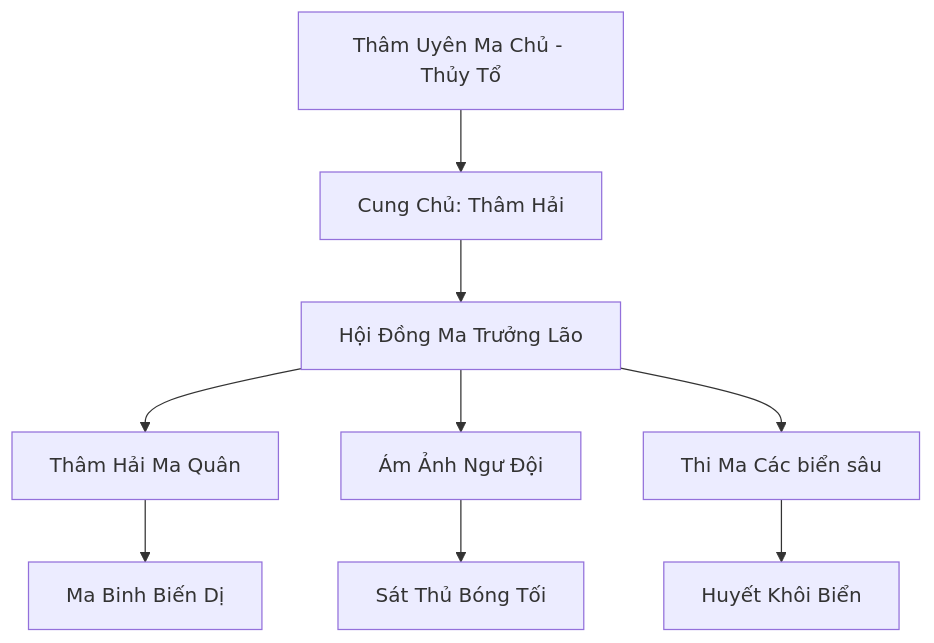
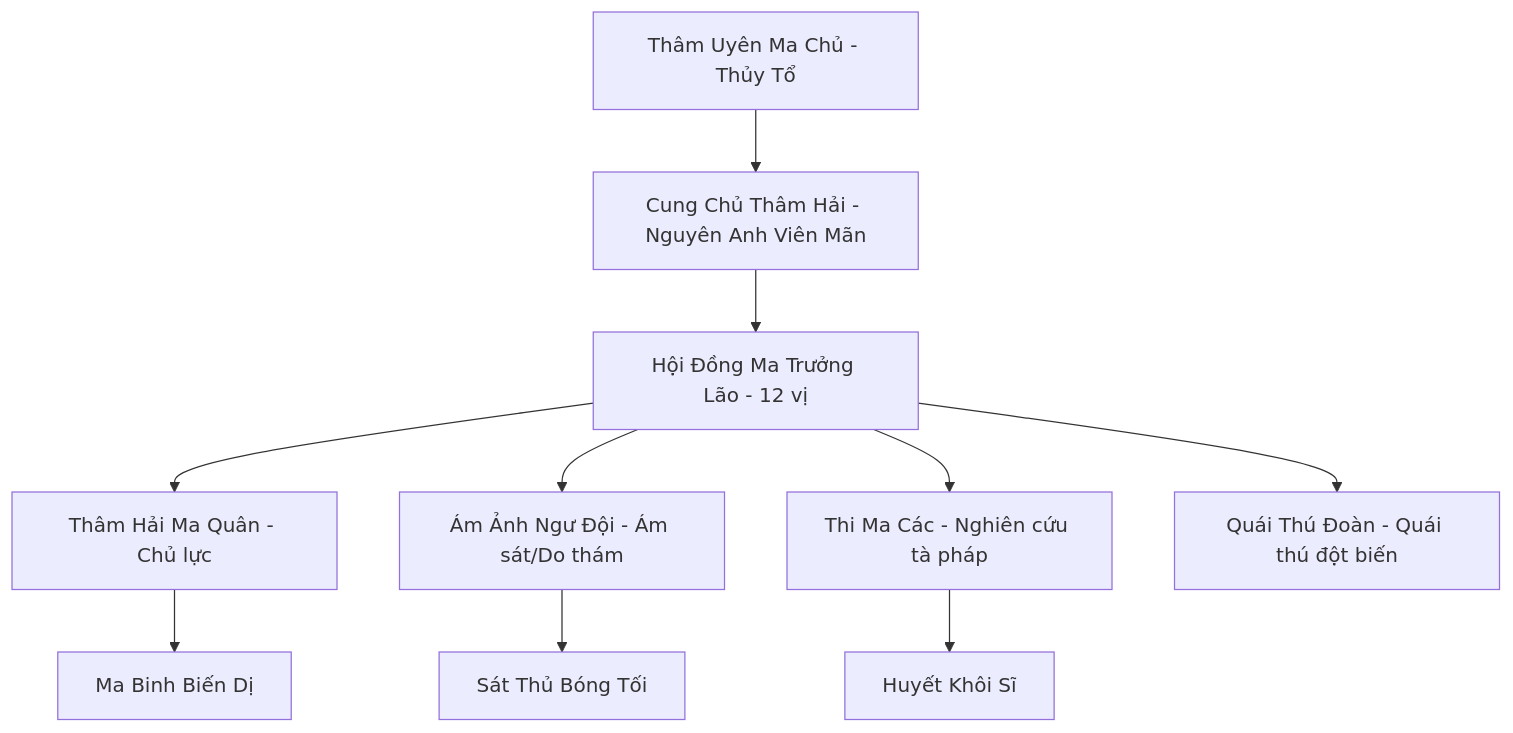
One commit to Sampi314/Obsidian_Novel_v2 changed the first of 2 diagrams in Đạo/Thế_Lực/Vô_Tận_Hải/Vực_Thẳm_Ma_Cung.md. Above: the diagram before and after it, drawn with Mermaid. The commit also changed other lines of this file and 1 other file, not shown here.

Commit message:
Mở rộng hồ sơ San Hô Đảo Quốc và Vực Thẳm Ma Cung (Vô Tận Hải)

````diff
--- a/Đạo/Thế_Lực/Vô_Tận_Hải/Vực_Thẳm_Ma_Cung.md
+++ b/Đạo/Thế_Lực/Vô_Tận_Hải/Vực_Thẳm_Ma_Cung.md
@@ -98,11 +98,12 @@
 ```mermaid
 graph TD
-    TUMC[Thâm Uyên Ma Chủ - Thủy Tổ] --> CC[Cung Chủ: Thâm Hải]
-    CC --> HDTL[Hội Đồng Ma Trưởng Lão]
-    HDTL --> THMQ[Thâm Hải Ma Quân]
-    HDTL --> AANĐ[Ám Ảnh Ngư Đội]
-    HDTL --> TMC[Thi Ma Các biển sâu]
+    TUMC[Thâm Uyên Ma Chủ - Thủy Tổ] --> CC[Cung Chủ Thâm Hải - Nguyên Anh Viên Mãn]
+    CC --> HDTL[Hội Đồng Ma Trưởng Lão - 12 vị]
+    HDTL --> THMQ[Thâm Hải Ma Quân - Chủ lực]
+    HDTL --> AANĐ[Ám Ảnh Ngư Đội - Ám sát/Do thám]
+    HDTL --> TMC[Thi Ma Các - Nghiên cứu tà pháp]
+    HDTL --> QTĐ[Quái Thú Đoàn - Quái thú đột biến]
     THMQ --> MB[Ma Binh Biến Dị]
     AANĐ --> ST[Sát Thủ Bóng Tối]
-    TMC --> HK[Huyết Khôi Biển]
+    TMC --> HK[Huyết Khôi Sĩ]
 ```
````
